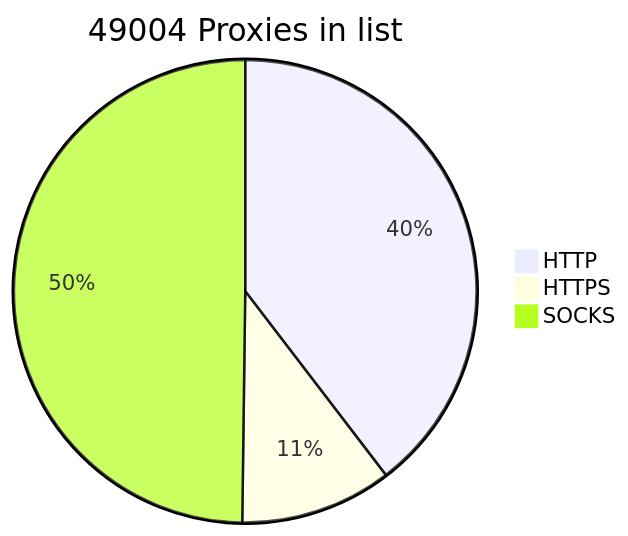
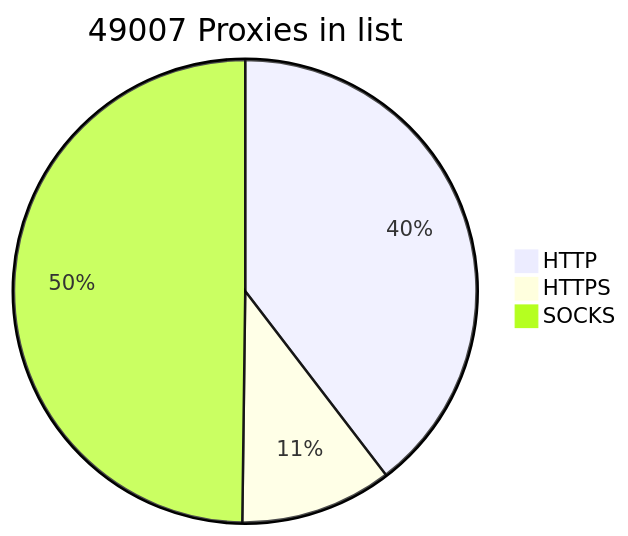
Before and after one commit to BlackSnowDot/proxylist-update-every-minute: the diagram in README.md, drawn with Mermaid.

````diff
--- a/README.md
+++ b/README.md
@@ -2,6 +2,6 @@
 ```mermaid
-pie title 49004 Proxies in list
+pie title 49007 Proxies in list
     "HTTP" : 21421
     "HTTPS": 5735
-    "SOCKS" : 26934
+    "SOCKS" : 26937
 ```
````
